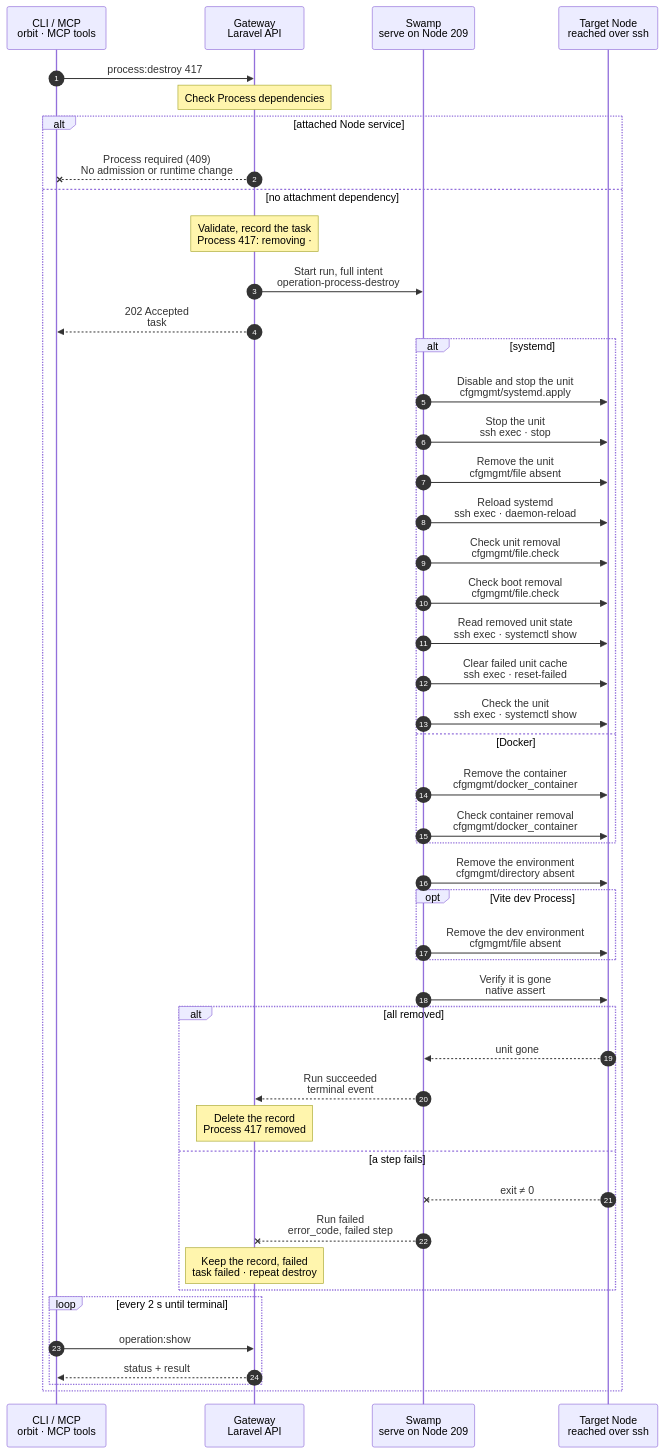
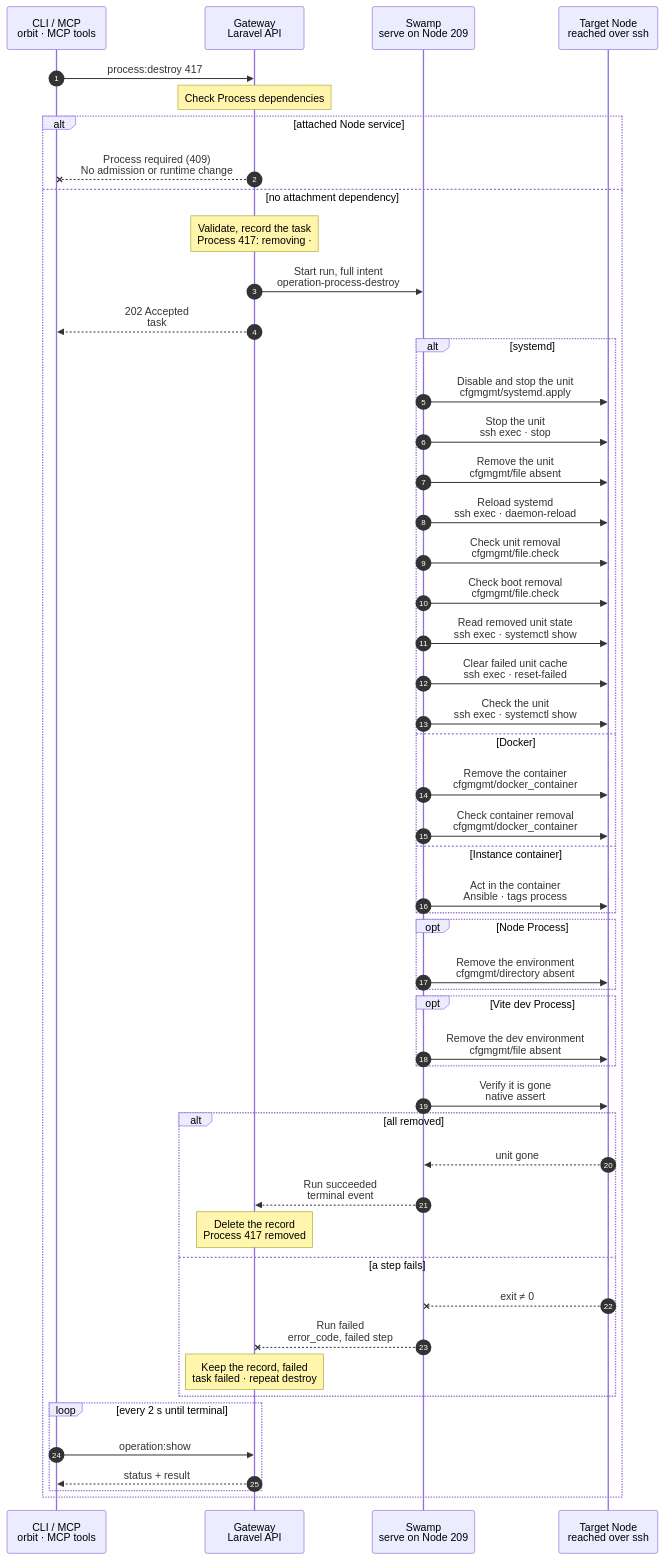
Before and after one commit to hardimpactdev/orbit: the diagram in docs/cli/process/destroy.mmd, drawn with Mermaid. The commit also changed 2 other files, not shown here.

Commit message:
docs(process): process:destroy removes a container Process that no definition owns
A container Process that no current development definition owns (a
removed definition on an existing clone, or one a migration captured)
had no way out. process:destroy now removes it, with its Instance named
by --instance; a definition-owned one keeps the refusal, whose message
names the commands that work.

```diff
--- a/docs/cli/process/destroy.mmd
+++ b/docs/cli/process/destroy.mmd
@@ -1,113 +1,124 @@
 sequenceDiagram
   %% Target design: ADR 0244 task, DECISIONS 4 + R1-R4 (process.stop shape: 209, @swamp/ssh, full intent as inputs).
   %% Tightened: flow-tighten 2026-11-02, rules 1-22 (cfgmgmt absent applies, mirror of process:create, no shipped scripts, no report step).
   %% Rule 23: 2026-11-03 required-only main path.
   %% status: migrated
   %% command: process:destroy
   %% kind: process.destroy
   autonumber
   %% lane CLI icon=terminal pill=caller tone=gray
   %% lane GW icon=gateway pill=intent tone=blue
   %% lane SW icon=workflow pill=executes tone=green
   %% lane N icon=server pill=target tone=amber
   participant CLI as CLI / MCP<br/>orbit · MCP tools
   participant GW as Gateway<br/>Laravel API
   participant SW as Swamp<br/>serve on Node 209
   participant N as Target Node<br/>reached over ssh
   CLI->>GW: process:destroy 417
   %%> Command:
   %%> - `orbit process:destroy 417`
-  %%> - syntax: `process:destroy <process> [--project=ID] [--yes] [--idempotency-key=KEY] [--json]`
+  %%> - syntax: `process:destroy <process> [--project=ID] [--instance=ID] [--yes] [--idempotency-key=KEY] [--json]`
   %%> Input:
   %%> - the numeric Process ID; the CLI asks for confirmation first
+  %%> - `--instance` names the Instance of a container Process; the Gateway refuses a container Process without it or of another Instance
   %%> Optional:
   %%> - `--yes` skips the confirmation; `--idempotency-key` reuses a task start; `--json` returns JSON; none adds a step
   %%> Not handled here:
   %%> - `--project` removes a Project definition only; it starts no run (R1)
   %%> Who can call it:
   %%> - the `orbit` CLI and the MCP tool send the same request
   Note over GW: Check Process dependencies
   alt attached Node service
     GW--xCLI: Process required (409)<br/>No admission or runtime change
     %%> On failure:
     %%> - process.required_by_instance_node_service names every dependent Instance before recording an Operation; the Process, runtime and attachments remain.
   else no attachment dependency
   Note over GW: Validate, record the task<br/>Process 417: removing · #5130
   %%> Requirements:
   %%> - your Node has an access grant to the Process's Node
   %%> - no Route points to the Process, else `process.has_routes`
   %%> - the Process is not required by a Database server
+  %%> - a container Process: `--instance` names its own Instance, else `process.instance_mismatch`
+  %%> - a container Process that a current development definition owns refuses `operation.kind_unavailable`; the message names the definition destroy and the default's deploy
   %%> Result:
   %%> - Process 417 marked removing; the record stays until the run succeeds
   %%> - task #5130 recorded with the full intent
   GW->>SW: Start run, full intent<br/>operation-process-destroy
   %%> What it does:
   %%> - starts one Swamp run on serve (Node 209); every step runs there
   %%> Inputs:
   %%> - `kind`: process.destroy
   %%> - the unit or container name and runtime, and for Vite the Instance environment path
   %%> - the Node's address and SSH host keys; the SSH identity comes from the `swamp` role
   %%> Checked by the input schema:
   %%> - no step reads or re-checks the intent
   GW-->>CLI: 202 Accepted<br/>task #5130
   %%> What you get:
   %%> - the task number, at once
   %%> Next:
   %%> - the CLI follows the task with `operation:show`
   alt systemd
     SW->>N: Disable and stop the unit<br/>cfgmgmt/systemd.apply
     SW->>N: Stop the unit<br/>ssh exec · stop
     SW->>N: Remove the unit<br/>cfgmgmt/file absent
     SW->>N: Reload systemd<br/>ssh exec · daemon-reload
     SW->>N: Check unit removal<br/>cfgmgmt/file.check
     SW->>N: Check boot removal<br/>cfgmgmt/file.check
     SW->>N: Read removed unit state<br/>ssh exec · systemctl show
     SW->>N: Clear failed unit cache<br/>ssh exec · reset-failed
     %%> Only the admitted unit is reset, after its file and boot link are absent, LoadState is not-found, and no PID, cgroup or pending job remains.
     %%> A failed state alone never permits cleanup. Other remaining runtime or boot state fails the end check.
     SW->>N: Check the unit<br/>ssh exec · systemctl show
     %%> Reads the state again after cache cleanup; a running or loaded unit, boot policy, PID, cgroup or pending job refuses completion.
   else Docker
     SW->>N: Remove the container<br/>cfgmgmt/docker_container
     SW->>N: Check container removal<br/>cfgmgmt/docker_container
+  else Instance container
+    SW->>N: Act in the container<br/>Ansible · tags process
+    %%> What it does:
+    %%> - the child run `operation-process-container` acts through `incus exec` on the Node, on this Process's unit and folder only
+    %%> - disables and stops `orbit-process-417-<name>.service`, removes its unit file and `/etc/orbit/processes/417`, reloads systemd, and checks that the unit is not found
+    %%> - a stopped container fails the run with `process.target_inactive`; the record stays
   end
-  SW->>N: Remove the environment<br/>cfgmgmt/directory absent
+  opt Node Process
+    SW->>N: Remove the environment<br/>cfgmgmt/directory absent
+  end
   opt Vite dev Process
     SW->>N: Remove the dev environment<br/>cfgmgmt/file absent
   end
   SW->>N: Verify it is gone<br/>native assert
   %%> Asserts absent unit/container and runtime and boot state; data volumes and the source environment file remain.
   alt all removed
     N-->>SW: unit gone
     %%> Returns:
     %%> - nothing of Process 417 is left on the Node
     SW-->>GW: Run succeeded<br/>terminal event
     %%> How the Gateway learns it:
     %%> - its shared run reader sees the terminal event and reads the end check's output; Swamp never calls the Gateway
     Note over GW: Delete the record<br/>Process 417 removed
     %%> Result:
     %%> - the Process record is deleted
     %%> - task #5130 succeeds
   else a step fails
     N--xSW: exit ≠ 0
     %%> When:
     %%> - SSH fails, or something of Process 417 is still there after the removal
     %%> How:
     %%> - the failing step ends the run with its own exit code; there is no report step
     SW--xGW: Run failed<br/>error_code, failed step
     %%> The Gateway reads:
     %%> - which step failed and its exit code, mapped to `error_code`
     Note over GW: Keep the record, failed<br/>task failed · repeat destroy
     %%> Result:
     %%> - Process 417 keeps its record, marked with the error code
     %%> - repeat `process:destroy` to converge
   end
   loop every 2 s until terminal
     CLI->>GW: operation:show #5130
     %%> What it does:
     %%> - asks for the task status every 2 seconds until it has ended
     GW-->>CLI: status + result
     %%> Returns:
     %%> - the current status, and the result once the task has ended
   end
   end
```
